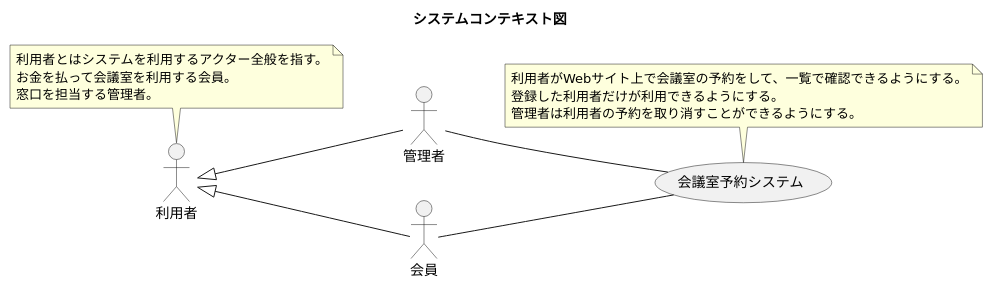
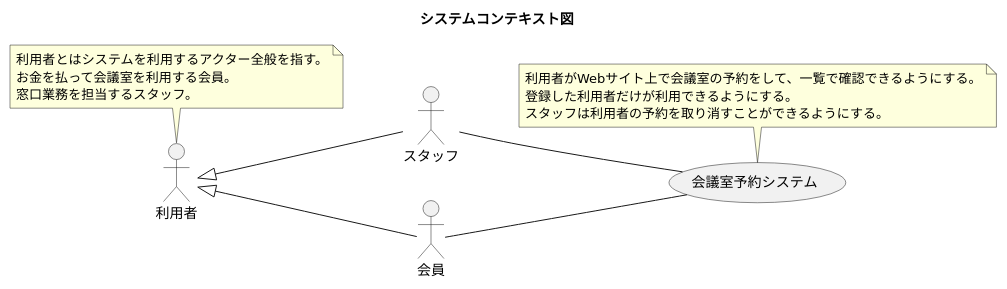
One commit to k2works/case-study-mrs changed the first of 24 diagrams in docs/index.adoc. Above: the diagram before and after it, drawn with PlantUML. The commit also changed other lines of this file, not shown here.

```diff
--- a/docs/index.adoc
+++ b/docs/index.adoc
@@ -30,32 +30,32 @@
 [plantuml]
 ----
 @startuml
 
 title システムコンテキスト図
 
 left to right direction
 
 actor 利用者 as ac_01
-actor 管理者 as ac_02
+actor スタッフ as ac_02
 actor 会員 as ac_03
 ac_01 <|- ac_02
 ac_01 <|-- ac_03
 
 note top of ac_01
   利用者とはシステムを利用するアクター全般を指す。
   お金を払って会議室を利用する会員。
-  窓口を担当する管理者。
+  窓口業務を担当するスタッフ。
 end note
 
 usecase 会議室予約システム as uc_01
 note top of uc_01
   利用者がWebサイト上で会議室の予約をして、一覧で確認できるようにする。
   登録した利用者だけが利用できるようにする。
-  管理者は利用者の予約を取り消すことができるようにする。
+  スタッフは利用者の予約を取り消すことができるようにする。
 end note
 
 ac_02 -- (uc_01)
 ac_03 -- (uc_01)
 
 @enduml
 ----
```
